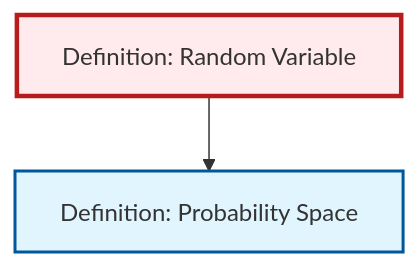
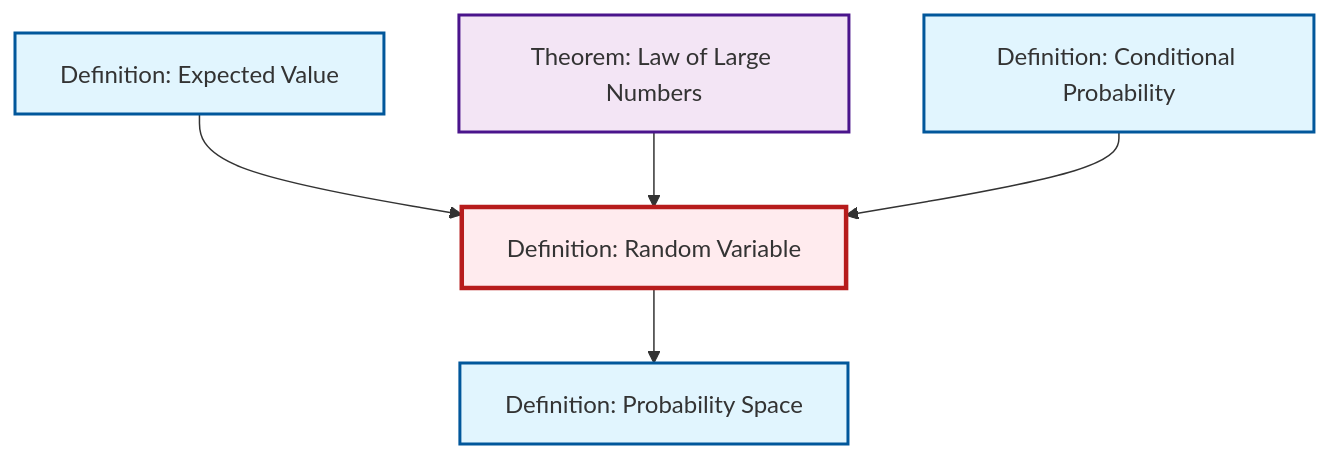
One commit to RK0429/ModernMath changed the diagram in content/en/probability-statistics/def-random-variable.qmd. Above: the diagram before and after it, drawn with Mermaid. The commit also changed other lines of this file and 203 other files, not shown here.

````diff
--- a/content/en/probability-statistics/def-random-variable.qmd
+++ b/content/en/probability-statistics/def-random-variable.qmd
@@ -47,15 +47,19 @@
 ```{mermaid}
 %%| fig-cap: "Local dependency graph"
 graph TD
     classDef definition fill:#e1f5fe,stroke:#01579b,stroke-width:2px
     classDef theorem fill:#f3e5f5,stroke:#4a148c,stroke-width:2px
     classDef axiom fill:#fff3e0,stroke:#e65100,stroke-width:2px
     classDef example fill:#e8f5e9,stroke:#1b5e20,stroke-width:2px
     classDef current fill:#ffebee,stroke:#b71c1c,stroke-width:3px
+    def-expectation["Definition: Expected Value"]:::definition
     def-random-variable["Definition: Random Variable"]:::definition
+    def-conditional-probability["Definition: Conditional Probability"]:::definition
     def-probability-space["Definition: Probability Space"]:::definition
+    thm-law-of-large-numbers["Theorem: Law of Large Numbers"]:::theorem
+    def-expectation --> def-random-variable
+    thm-law-of-large-numbers --> def-random-variable
     def-random-variable --> def-probability-space
+    def-conditional-probability --> def-random-variable
     class def-random-variable current
-
-    click def-probability-space "def-probability-space.html" "Go to Probability Space definition"
 ```
````
